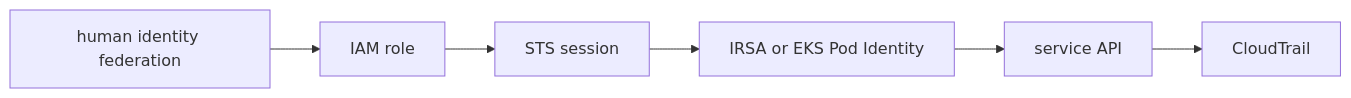
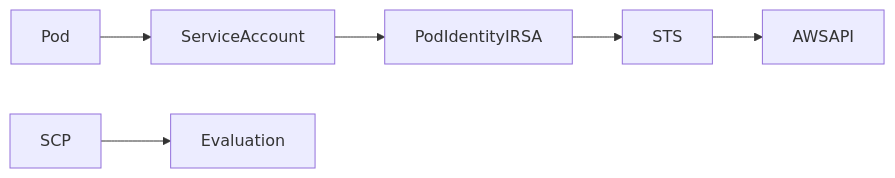
The diagram in docs/study/aws/03-iam-and-workload-identity.md (m1mohamad/devops-sre-prep), drawn with Mermaid before and after one commit. The commit also changed other lines of this file and 106 other files, not shown here.

````diff
--- a/docs/study/aws/03-iam-and-workload-identity.md
+++ b/docs/study/aws/03-iam-and-workload-identity.md
@@ -15,4 +19,5 @@
 ```mermaid
 flowchart LR
-  N0[human identity federation] --> N1[IAM role] --> N2[STS session] --> N3[IRSA or EKS Pod Identity] --> N4[service API] --> N5[CloudTrail]
+  Pod --> ServiceAccount --> PodIdentityIRSA --> STS --> AWSAPI
+  SCP --> Evaluation
 ```
````
